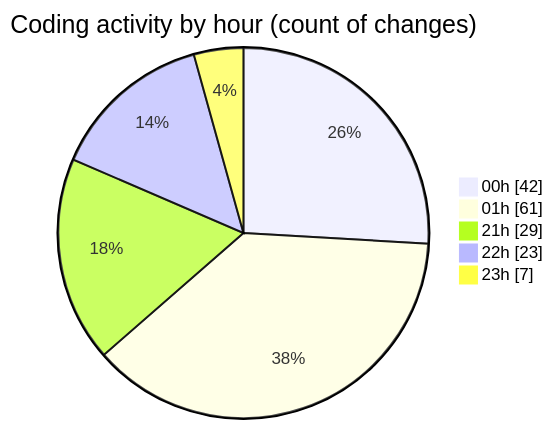
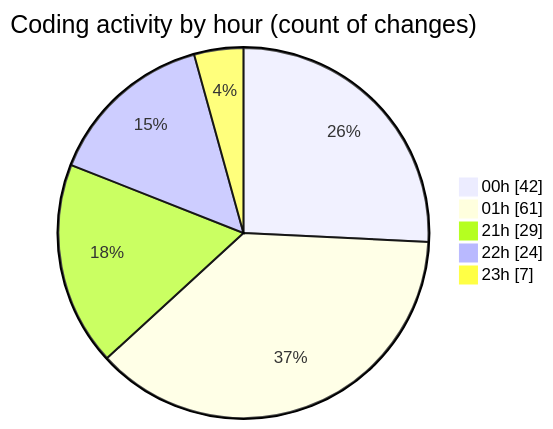
Before and after one commit to lephambinh05/code-tracking: the second of 2 diagrams in 2025-08-12/rentotp/README.md, drawn with Mermaid. The commit also changed other lines of this file and 1 other file, not shown here.

````diff
--- a/2025-08-12/rentotp/README.md
+++ b/2025-08-12/rentotp/README.md
@@ -56,9 +56,9 @@
 ```mermaid
 pie showData
 title Coding activity by hour (count of changes)
 "00h" : 42
 "01h" : 61
 "21h" : 29
-"22h" : 23
+"22h" : 24
 "23h" : 7
 ```
````
